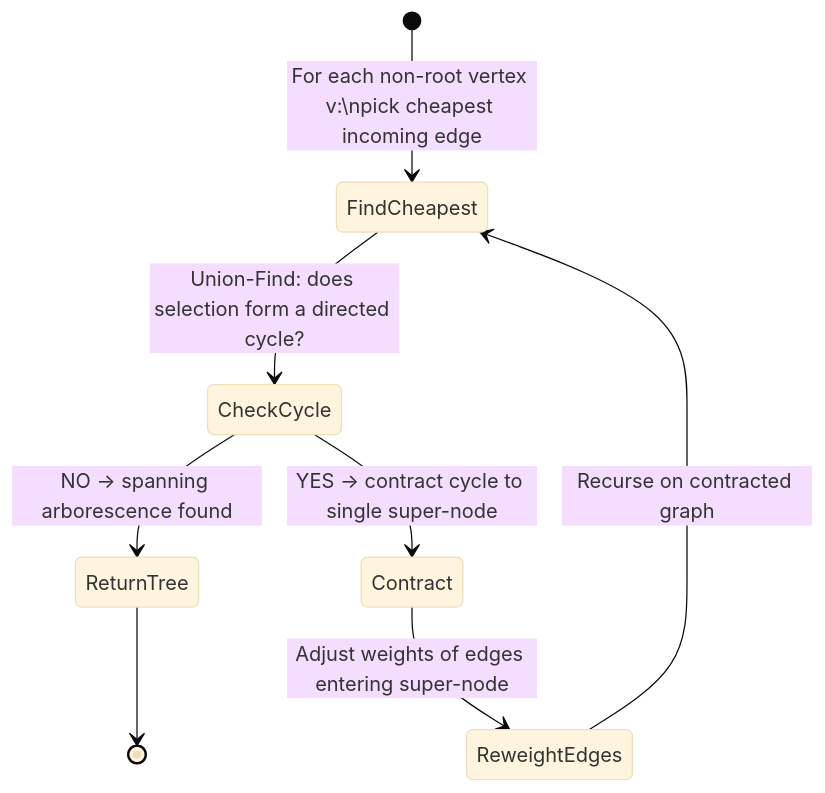
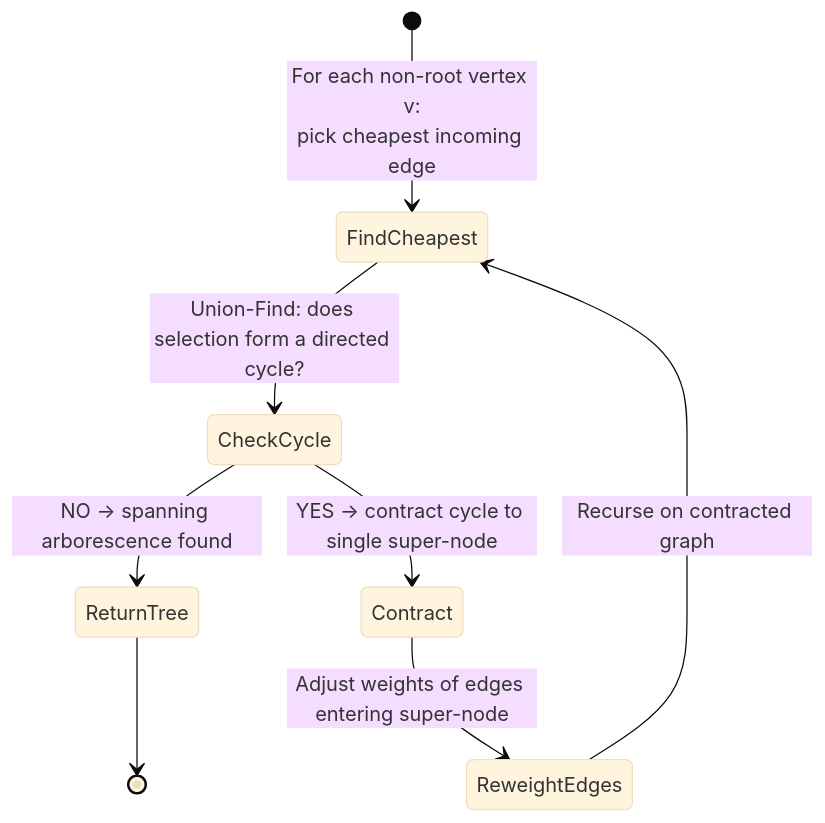
Before and after one commit to choisimo/document: diagram 22 of 24 in content/docs/books/algorithms/cmu-advanced-algorithms.md, drawn with Mermaid (base theme). The commit also changed other lines of this file and 432 other files, not shown here.

````diff
--- a/content/docs/books/algorithms/cmu-advanced-algorithms.md
+++ b/content/docs/books/algorithms/cmu-advanced-algorithms.md
@@ -469,10 +472,10 @@
 ```mermaid
 stateDiagram-v2
-    [*] --> FindCheapest : For each non-root vertex v:\npick cheapest incoming edge
-    FindCheapest --> CheckCycle : Union-Find: does selection form a directed cycle?
+    [*] --> FindCheapest : For each non-root vertex v#58;<br/>pick cheapest incoming edge
+    FindCheapest --> CheckCycle : Union-Find#58; does selection form a directed cycle?
     CheckCycle --> ReturnTree : NO → spanning arborescence found
     CheckCycle --> Contract : YES → contract cycle to single super-node
     Contract --> ReweightEdges : Adjust weights of edges entering super-node
     ReweightEdges --> FindCheapest : Recurse on contracted graph
     ReturnTree --> [*]
 ```
````
